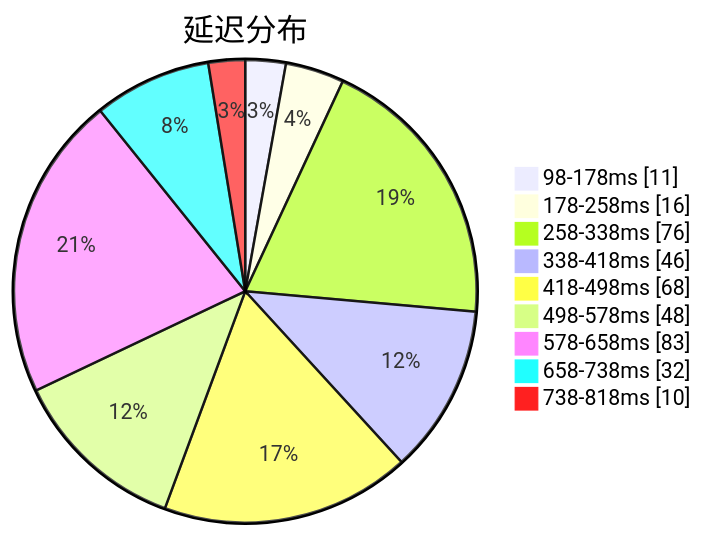
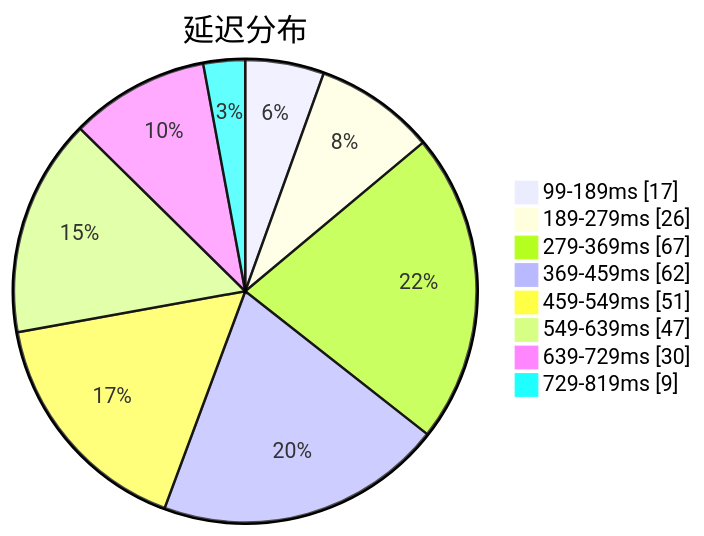
One commit to sinspired/airport changed the first of 3 diagrams in subs/statistics/tested_within.md. Above: the diagram before and after it, drawn with Mermaid. The commit also changed other lines of this file and 2 other files, not shown here.

````diff
--- a/subs/statistics/tested_within.md
+++ b/subs/statistics/tested_within.md
@@ -2,13 +2,12 @@
 ```mermaid
 pie showData
 title 延迟分布
-"98-178ms" : 11
-"178-258ms" : 16
-"258-338ms" : 76
-"338-418ms" : 46
-"418-498ms" : 68
-"498-578ms" : 48
-"578-658ms" : 83
-"658-738ms" : 32
-"738-818ms" : 10
+"99-189ms" : 17
+"189-279ms" : 26
+"279-369ms" : 67
+"369-459ms" : 62
+"459-549ms" : 51
+"549-639ms" : 47
+"639-729ms" : 30
+"729-819ms" : 9
 ```
````
